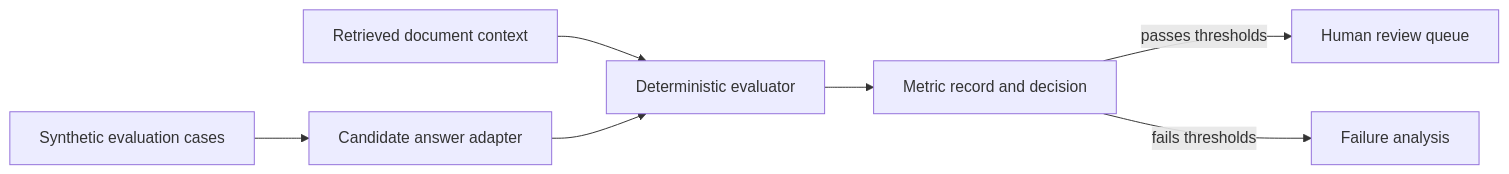
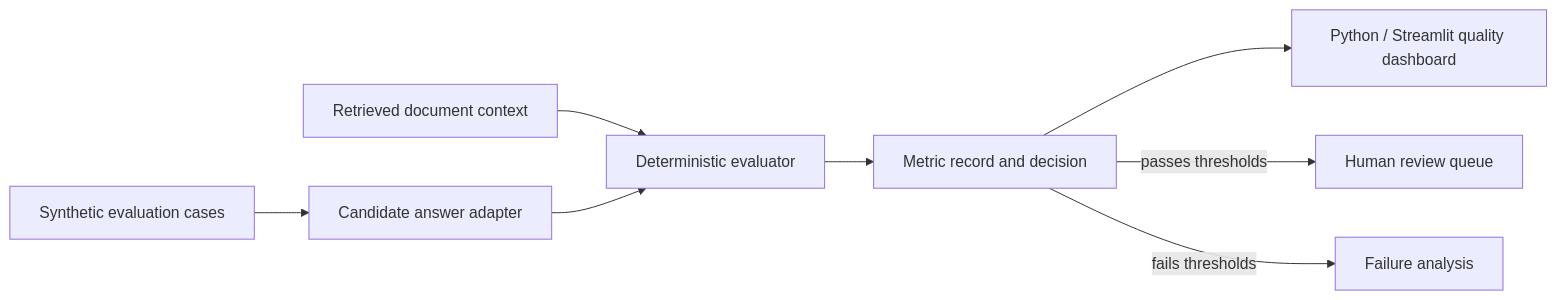
One commit to alianisreyesr/ai-document-intelligence-evaluator changed the diagram in README.md. Above: the diagram before and after it, drawn with Mermaid. The commit also changed other lines of this file and 7 other files, not shown here.

Commit message:
feat: add interactive Python evaluation dashboard

````diff
--- a/README.md
+++ b/README.md
@@ -39,9 +40,10 @@
 ```mermaid
 flowchart LR
   A["Synthetic evaluation cases"] --> B["Candidate answer adapter"]
   C["Retrieved document context"] --> D["Deterministic evaluator"]
   B --> D
   D --> E["Metric record and decision"]
+  E --> H["Python / Streamlit quality dashboard"]
   E -->|passes thresholds| F["Human review queue"]
   E -->|fails thresholds| G["Failure analysis"]
 ```
````
